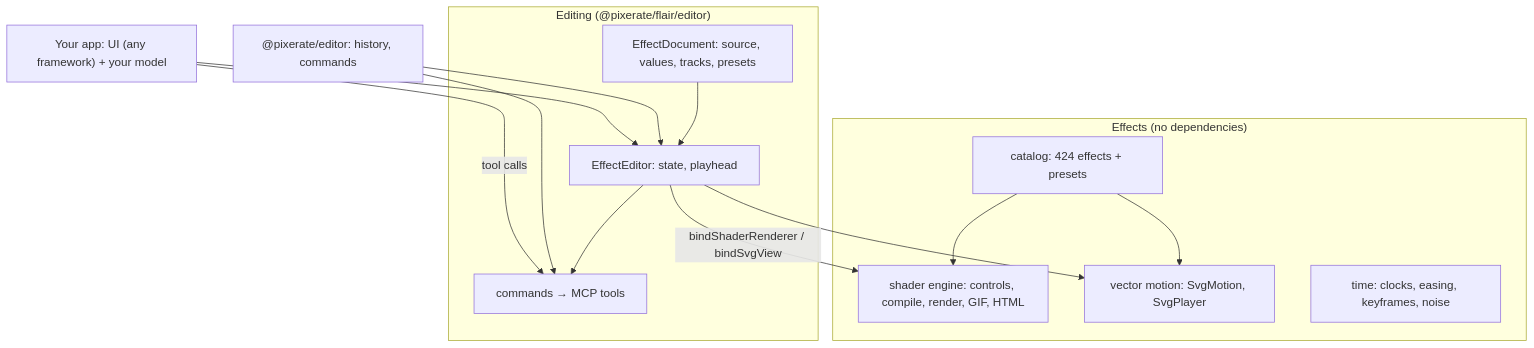
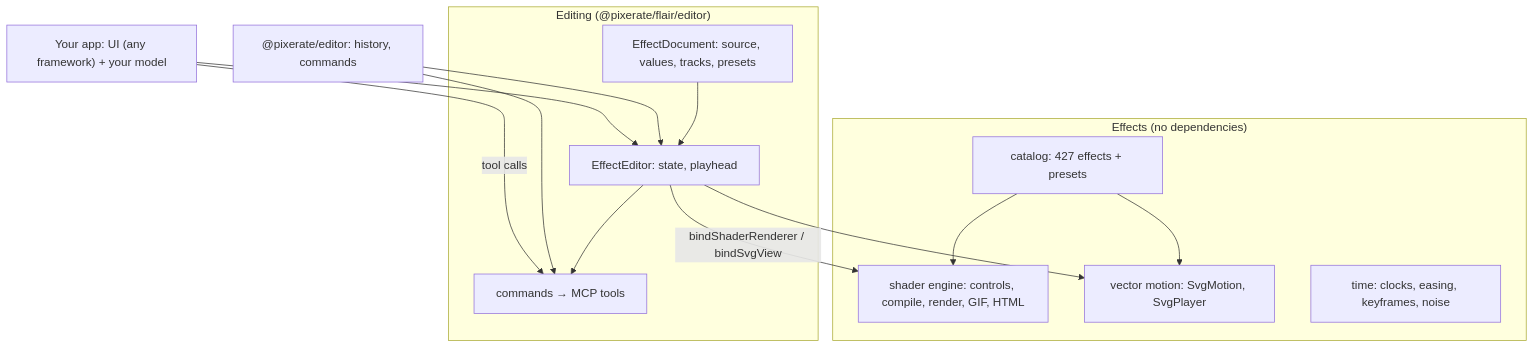
The diagram in README.md (Pixerate/flair), drawn with Mermaid before and after one commit. The commit also changed other lines of this file and 4 other files, not shown here.

First line of the commit message:
feat(catalog): add shooting star, meteor shower and comet space effects

````diff
--- a/README.md
+++ b/README.md
@@ -67,27 +67,27 @@
 ```mermaid
 graph TD
   subgraph Effects["Effects (no dependencies)"]
-    Catalog["catalog: 424 effects + presets"]
+    Catalog["catalog: 427 effects + presets"]
     Shader["shader engine: controls, compile, render, GIF, HTML"]
     Vector["vector motion: SvgMotion, SvgPlayer"]
     Time["time: clocks, easing, keyframes, noise"]
   end
   subgraph Editing["Editing (@pixerate/flair/editor)"]
     Doc["EffectDocument: source, values, tracks, presets"]
     Editor["EffectEditor: state, playhead"]
     Cmds["commands → MCP tools"]
   end
   PE["@pixerate/editor: history, commands"]
   Host["Your app: UI (any framework) + your model"]
 
   Catalog --> Shader
   Catalog --> Vector
   Doc --> Editor
   Editor --> Cmds
   PE --> Editor
   PE --> Cmds
   Editor -- bindShaderRenderer / bindSvgView --> Shader
   Editor --> Vector
   Host --> Editor
   Host -- tool calls --> Cmds
 ```
````
